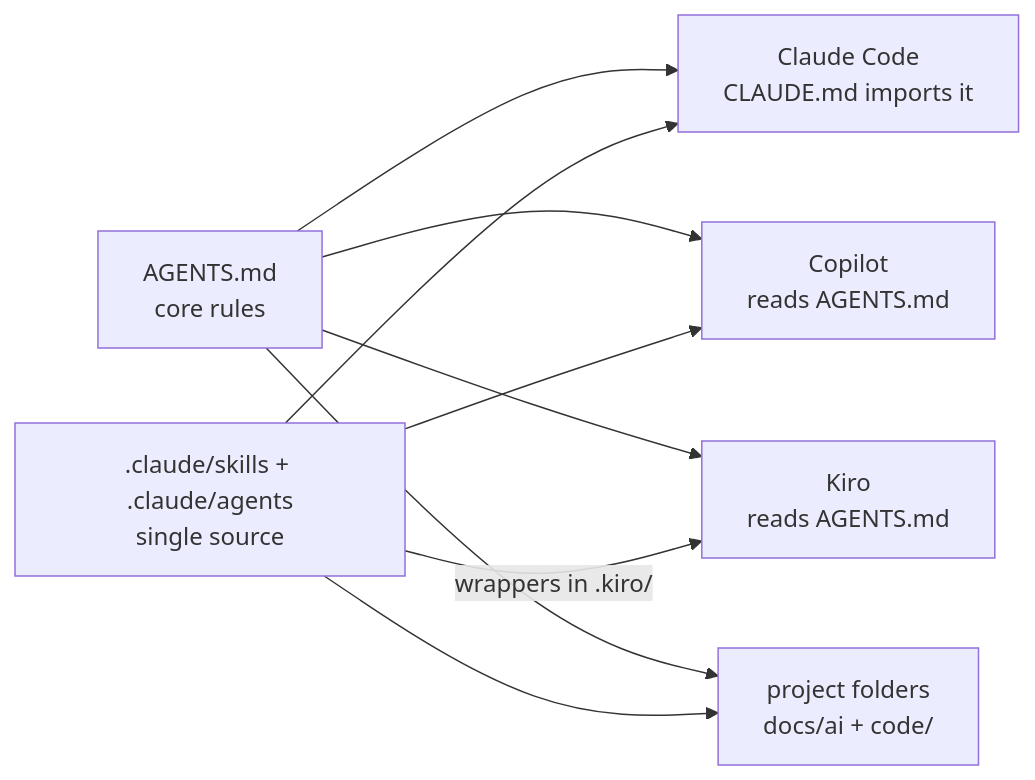
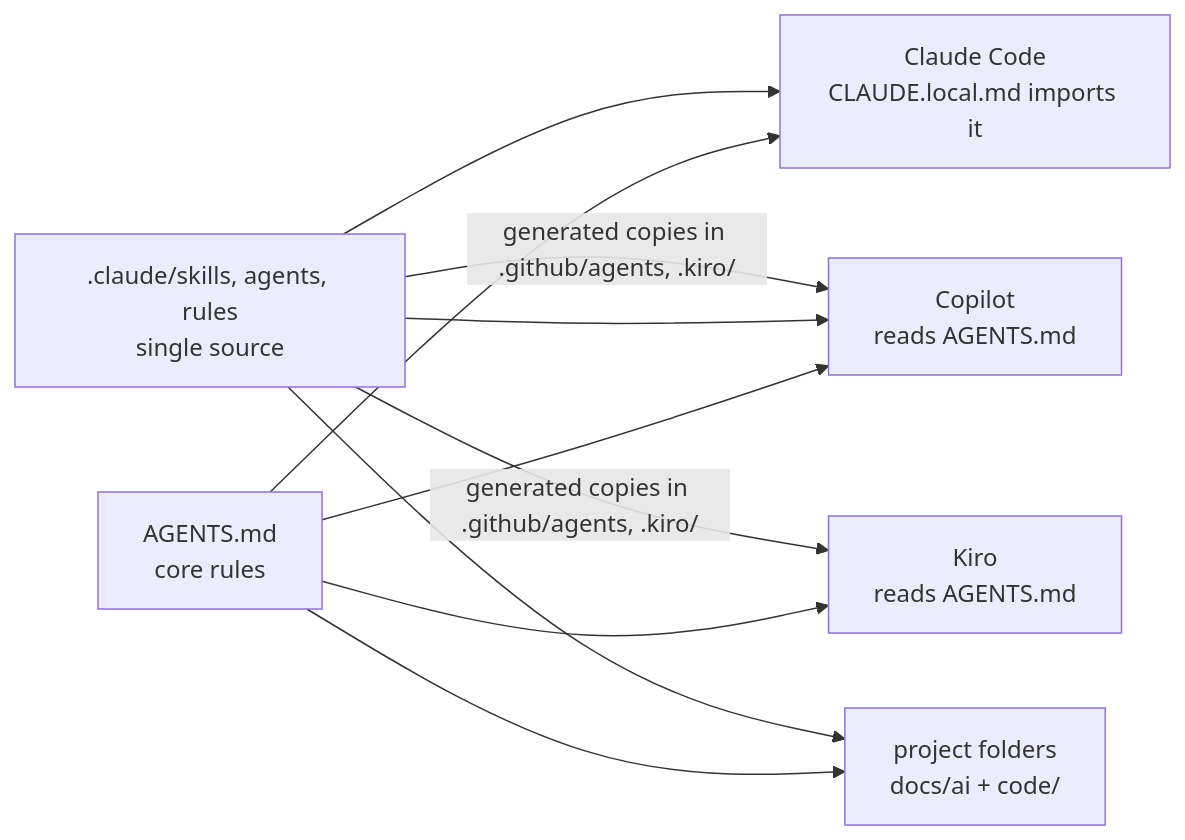
Before and after one commit to GociuRadu/AI-Setup: the diagram in README.md, drawn with Mermaid. The commit also changed other lines of this file and 4 other files, not shown here.

Commit message:
confluence-project: two files, tool variants, table style, schema and API layouts, diagram default and fallback, four page templates; shorter README

````diff
--- a/README.md
+++ b/README.md
@@ -5,9 +5,9 @@
 ```mermaid
 flowchart LR
-  A[AGENTS.md<br/>core rules] --> C[Claude Code<br/>CLAUDE.md imports it]
+  A[AGENTS.md<br/>core rules] --> C[Claude Code<br/>CLAUDE.local.md imports it]
   A --> G[Copilot<br/>reads AGENTS.md]
   A --> K[Kiro<br/>reads AGENTS.md]
-  S[.claude/skills + .claude/agents<br/>single source] --> C & G
-  S -->|wrappers in .kiro/| K
+  S[.claude/skills, agents, rules<br/>single source] --> C & G
+  S -->|generated copies in .github/agents, .kiro/| G & K
   A & S --> P[project folders<br/>docs/ai + code/]
 ```
````
